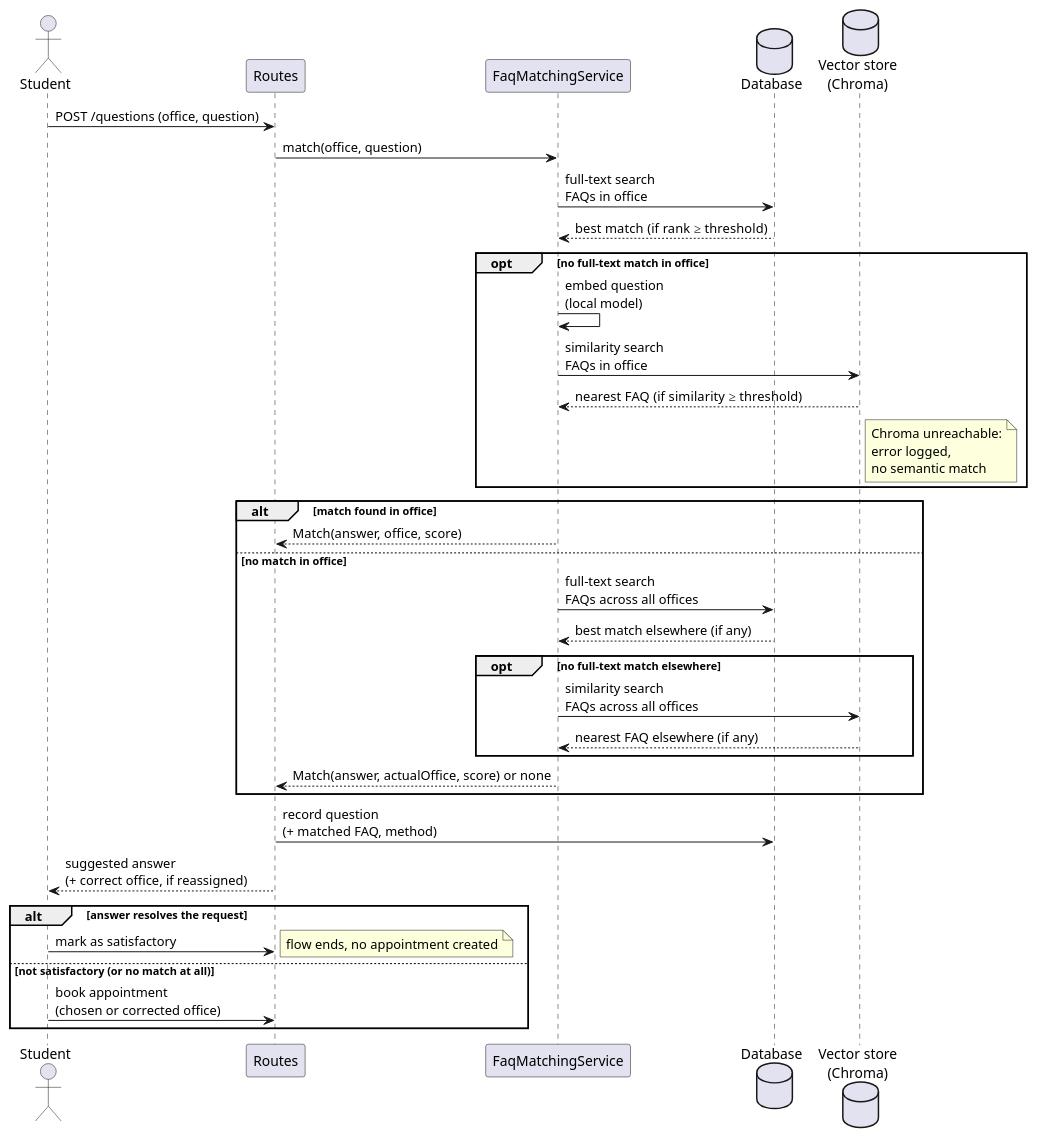
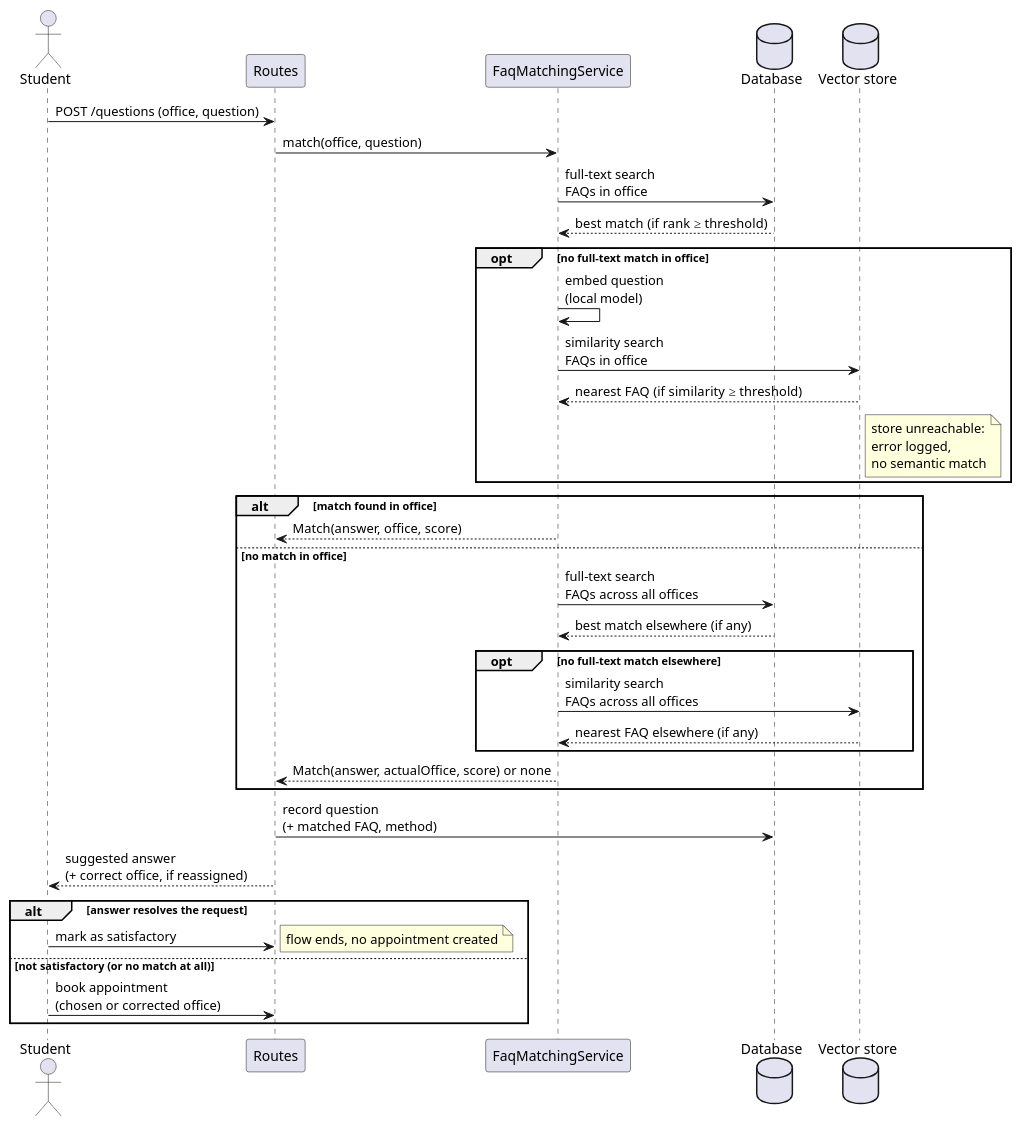
The diagram in sections/03-design/assets/seq1.puml (unibo-dtm-se-2526-PRONTO/report), drawn with PlantUML before and after one commit. The commit also changed 14 other files, not shown here.

```diff
--- a/sections/03-design/assets/seq1.puml
+++ b/sections/03-design/assets/seq1.puml
@@ -1,41 +1,41 @@
 @startuml seq1
 actor Student as student
 participant "Routes" as routes
 participant "FaqMatchingService" as faqsvc
 database "Database" as db
-database "Vector store\n(Chroma)" as vs
+database "Vector store" as vs
 
 student -> routes : POST /questions (office, question)
 routes -> faqsvc : match(office, question)
 
 faqsvc -> db : full-text search\nFAQs in office
 db --> faqsvc : best match (if rank ≥ threshold)
 opt no full-text match in office
   faqsvc -> faqsvc : embed question\n(local model)
   faqsvc -> vs : similarity search\nFAQs in office
   vs --> faqsvc : nearest FAQ (if similarity ≥ threshold)
-  note right of vs : Chroma unreachable:\nerror logged,\nno semantic match
+  note right of vs : store unreachable:\nerror logged,\nno semantic match
 end
 
 alt match found in office
   faqsvc --> routes : Match(answer, office, score)
 else no match in office
   faqsvc -> db : full-text search\nFAQs across all offices
   db --> faqsvc : best match elsewhere (if any)
   opt no full-text match elsewhere
     faqsvc -> vs : similarity search\nFAQs across all offices
     vs --> faqsvc : nearest FAQ elsewhere (if any)
   end
   faqsvc --> routes : Match(answer, actualOffice, score) or none
 end
 
 routes -> db : record question\n(+ matched FAQ, method)
 routes --> student : suggested answer\n(+ correct office, if reassigned)
 
 alt answer resolves the request
   student -> routes : mark as satisfactory
   note right : flow ends, no appointment created
 else not satisfactory (or no match at all)
   student -> routes : book appointment\n(chosen or corrected office)
 end
 @enduml
```
